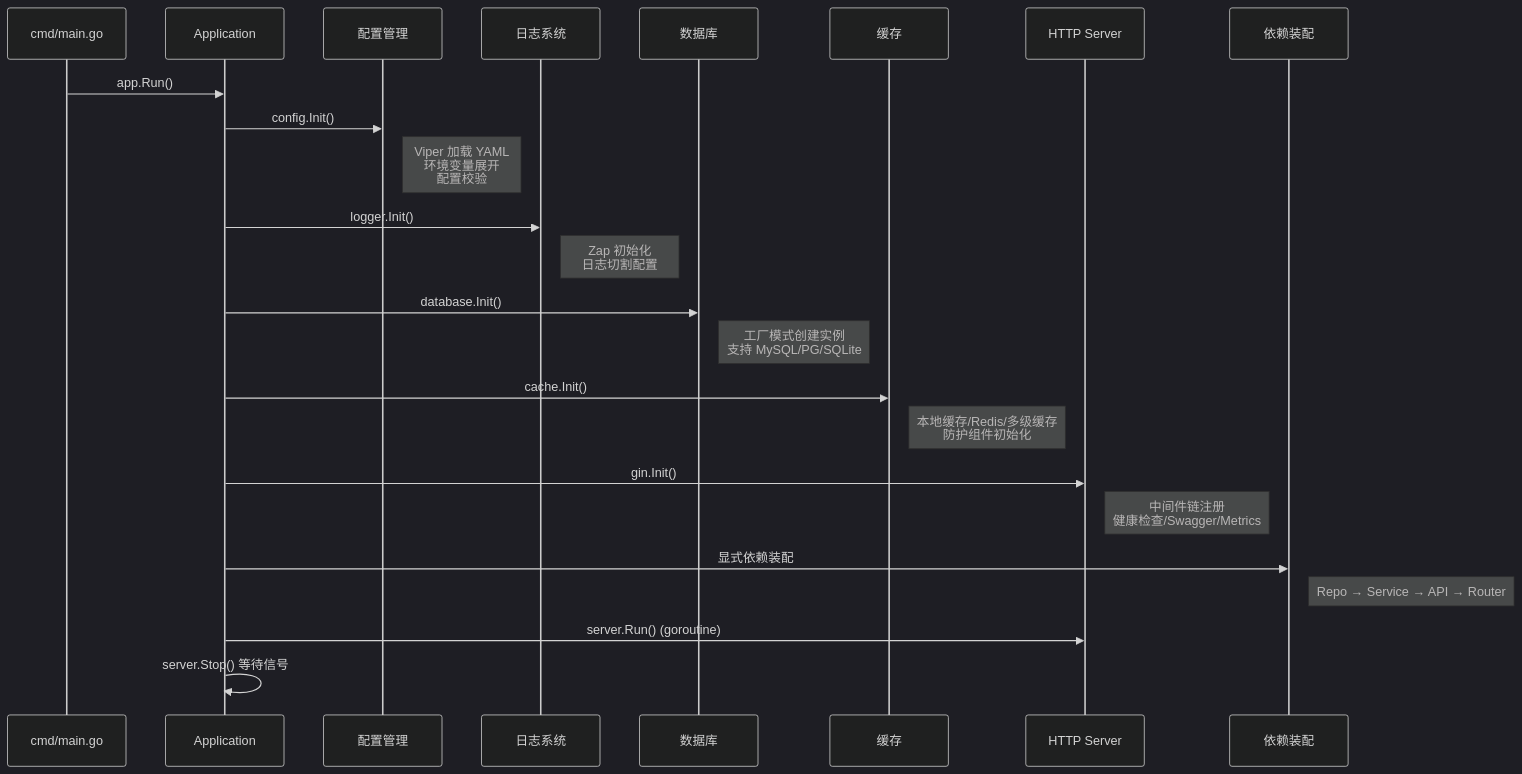
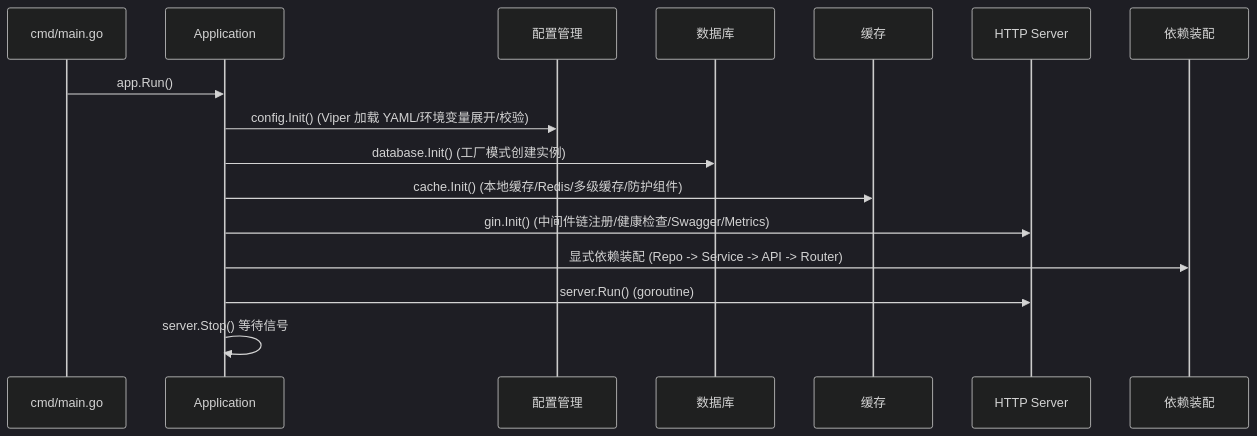
The seventh of 7 diagrams in dehaze-doc/docs/04-项目实现/后端/02-Go架构文档.md (earthy-zinc/dehaze-system), drawn with Mermaid (dark theme) before and after one commit. The commit also changed other lines of this file and 755 other files, not shown here.

````diff
--- a/dehaze-doc/docs/04-项目实现/后端/02-Go架构文档.md
+++ b/dehaze-doc/docs/04-项目实现/后端/02-Go架构文档.md
@@ -930,27 +371,19 @@
 ```mermaid
 sequenceDiagram
     participant Main as cmd/main.go
     participant App as Application
     participant Config as 配置管理
-    participant Logger as 日志系统
     participant DB as 数据库
     participant Cache as 缓存
     participant Server as HTTP Server
     participant Wiring as 依赖装配
 
     Main->>App: app.Run()
-    App->>Config: config.Init()
-    Note right of Config: Viper 加载 YAML<br/>环境变量展开<br/>配置校验
-    App->>Logger: logger.Init()
-    Note right of Logger: Zap 初始化<br/>日志切割配置
-    App->>DB: database.Init()
-    Note right of DB: 工厂模式创建实例<br/>支持 MySQL/PG/SQLite
-    App->>Cache: cache.Init()
-    Note right of Cache: 本地缓存/Redis/多级缓存<br/>防护组件初始化
-    App->>Server: gin.Init()
-    Note right of Server: 中间件链注册<br/>健康检查/Swagger/Metrics
-    App->>Wiring: 显式依赖装配
-    Note right of Wiring: Repo → Service → API → Router
+    App->>Config: config.Init() (Viper 加载 YAML/环境变量展开/校验)
+    App->>DB: database.Init() (工厂模式创建实例)
+    App->>Cache: cache.Init() (本地缓存/Redis/多级缓存/防护组件)
+    App->>Server: gin.Init() (中间件链注册/健康检查/Swagger/Metrics)
+    App->>Wiring: 显式依赖装配 (Repo -> Service -> API -> Router)
     App->>Server: server.Run() (goroutine)
     App->>App: server.Stop() 等待信号
 ```
````
